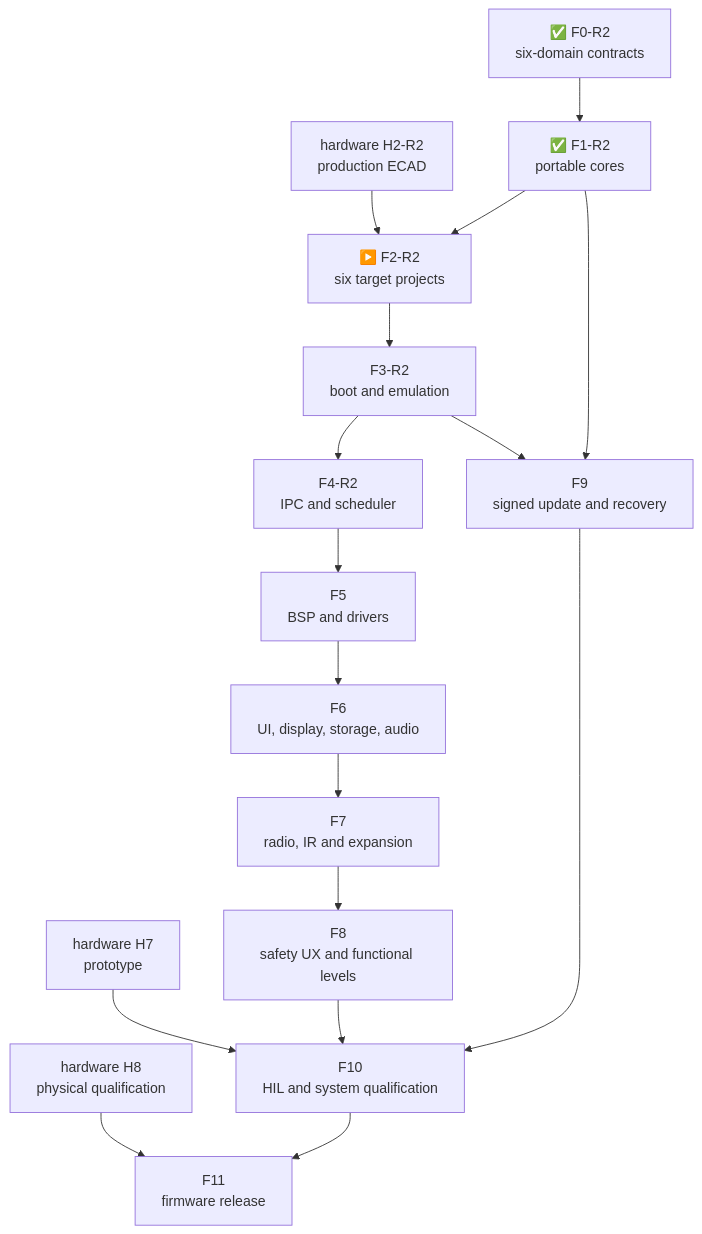
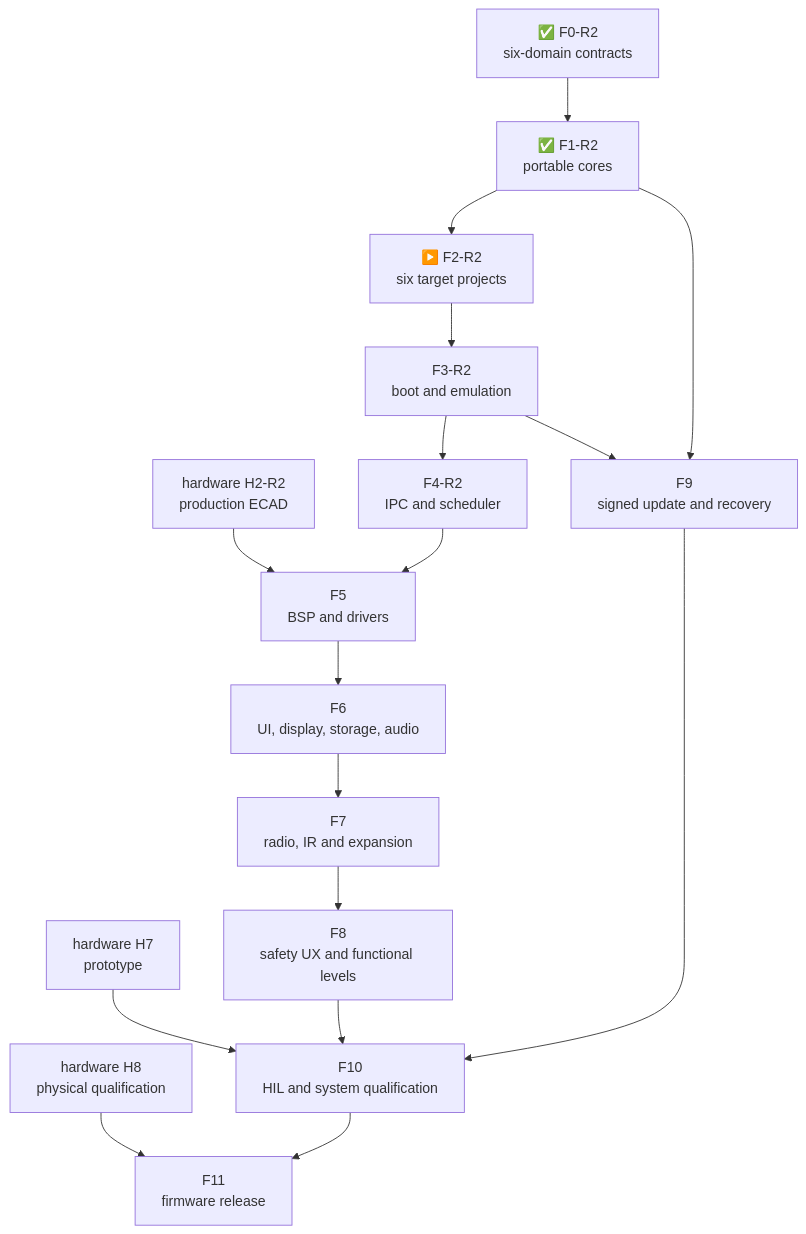
One commit to anton-vinogradov/esp32-leshy2-firmware changed the diagram in docs/roadmap.md. Above: the diagram before and after it, drawn with Mermaid. The commit also changed other lines of this file and 45 other files, not shown here.

````diff
--- a/docs/roadmap.md
+++ b/docs/roadmap.md
@@ -203,25 +207,25 @@
 ```mermaid
 flowchart TD
   H2["hardware H2-R2<br/>production ECAD"]
   H7["hardware H7<br/>prototype"]
   H8["hardware H8<br/>physical qualification"]
   F0["✅ F0-R2<br/>six-domain contracts"]
   F1["✅ F1-R2<br/>portable cores"]
   F2["▶️ F2-R2<br/>six target projects"]
   F3["F3-R2<br/>boot and emulation"]
   F4["F4-R2<br/>IPC and scheduler"]
   F5["F5<br/>BSP and drivers"]
   F6["F6<br/>UI, display, storage, audio"]
   F7["F7<br/>radio, IR and expansion"]
   F8["F8<br/>safety UX and functional levels"]
   F9["F9<br/>signed update and recovery"]
   F10["F10<br/>HIL and system qualification"]
   F11["F11<br/>firmware release"]
 
   F0 --> F1 --> F2 --> F3 --> F4 --> F5 --> F6 --> F7 --> F8 --> F10 --> F11
   F1 --> F9
   F3 --> F9 --> F10
-  H2 --> F2
+  H2 --> F5
   H7 --> F10
   H8 --> F11
 ```
````
